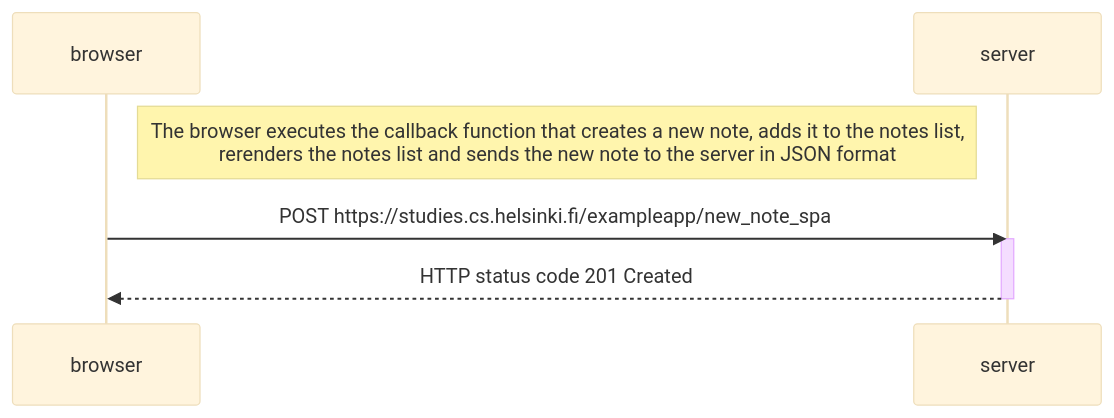
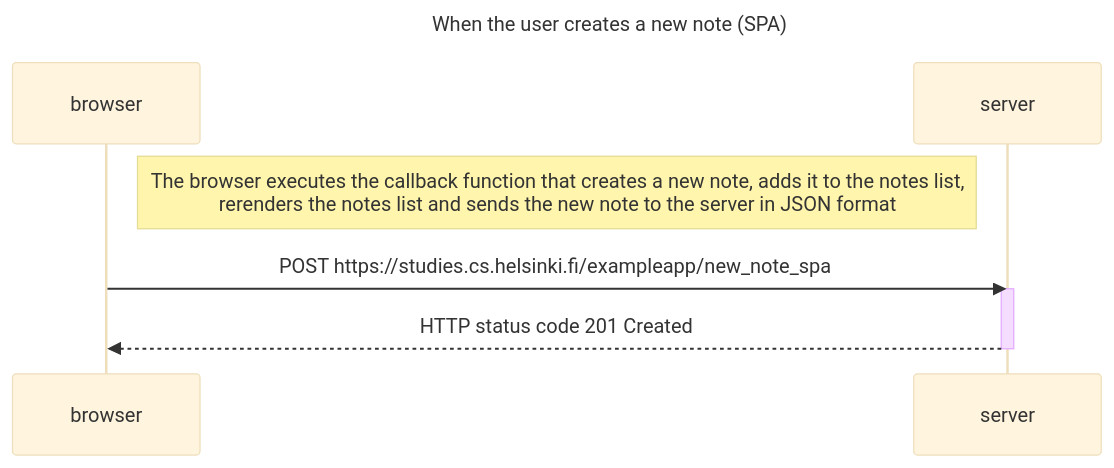
The diagram in part0/new note in single page app diagram/e-0_6.md (nati-friedman/part3-phonebook-backend), drawn with Mermaid (base theme) before and after one commit. The commit also changed 2 other files, not shown here.

Commit message:
added diagram titles

````diff
--- a/part0/new note in single page app diagram/e-0_6.md
+++ b/part0/new note in single page app diagram/e-0_6.md
@@ -1,12 +1,13 @@
 ```mermaid
 sequenceDiagram
+    title When the user creates a new note (SPA)
     participant browser
     participant server
 
     Note right of browser: The browser executes the callback function that creates a new note, adds it to the notes list,<br/> rerenders the notes list and sends the new note to the server in JSON format
 
     browser->>server: POST https://studies.cs.helsinki.fi/exampleapp/new_note_spa
     activate server
     server-->>browser: HTTP status code 201 Created
     deactivate server
 ```
````
